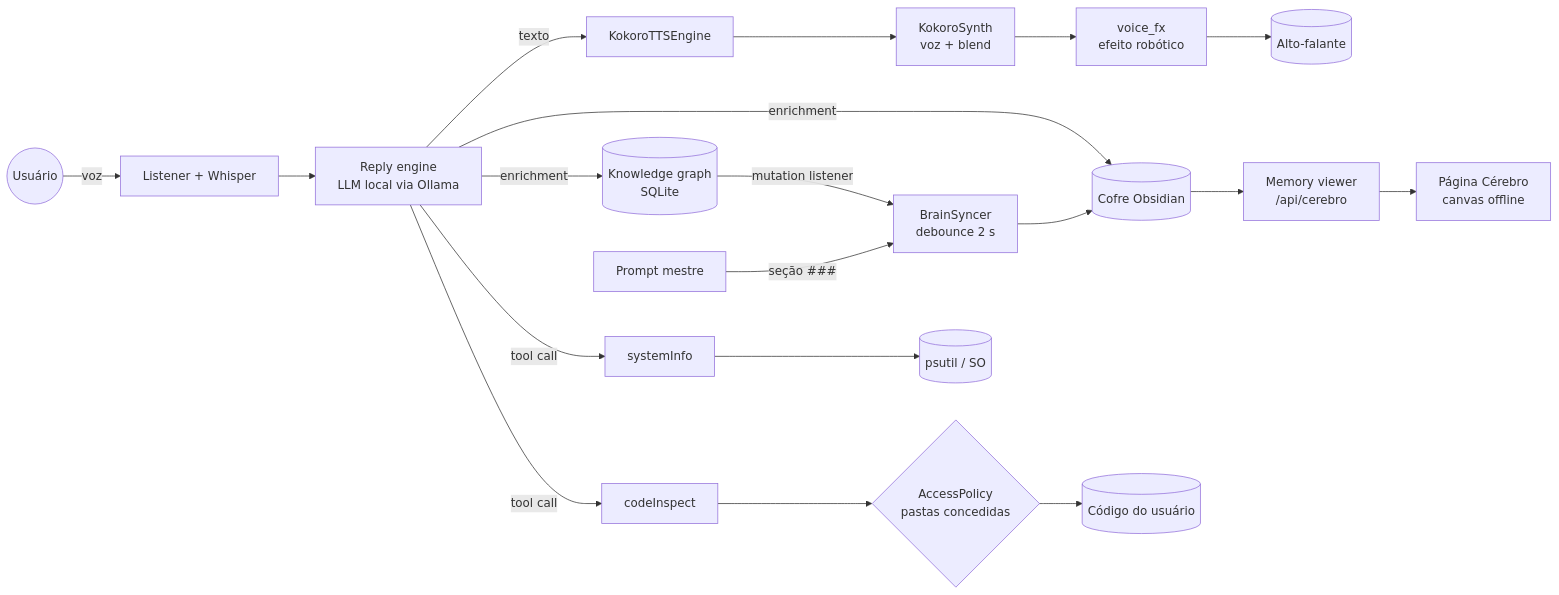
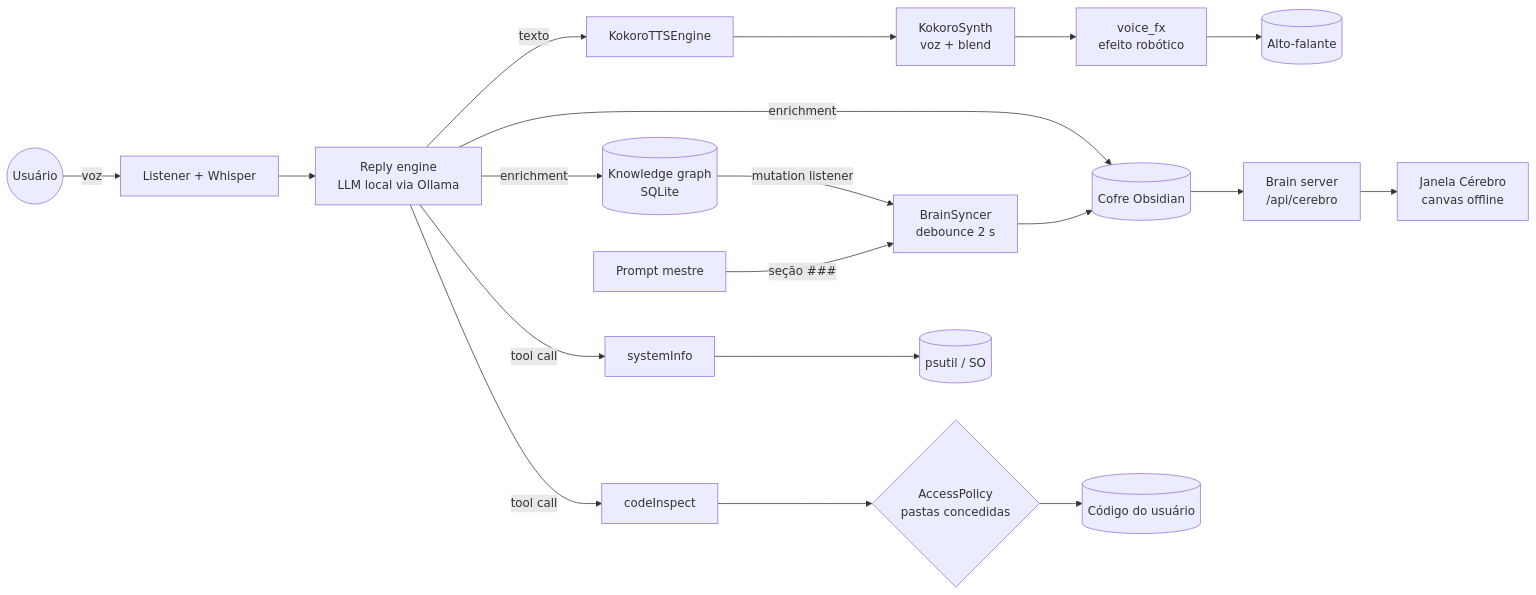
Before and after one commit to NateSando/JARVIS: the first of 4 diagrams in docs/ARCHITECTURE_CHANGES.md, drawn with Mermaid. The commit also changed other lines of this file and 32 other files, not shown here.

````diff
--- a/docs/ARCHITECTURE_CHANGES.md
+++ b/docs/ARCHITECTURE_CHANGES.md
@@ -17,20 +17,20 @@
 ```mermaid
 flowchart LR
     U((Usuário)) -- voz --> L[Listener + Whisper]
     L --> R[Reply engine<br/>LLM local via Ollama]
     R -- texto --> K[KokoroTTSEngine]
     K --> S[KokoroSynth<br/>voz + blend] --> FX[voice_fx<br/>efeito robótico] --> AUD[(Alto-falante)]
 
     R -- enrichment --> G[(Knowledge graph<br/>SQLite)]
     R -- enrichment --> V[(Cofre Obsidian)]
     G -- mutation listener --> BS[BrainSyncer<br/>debounce 2 s] --> V
     P[Prompt mestre] -- seção ###--> BS
 
     R -- tool call --> CI[codeInspect]
     R -- tool call --> SI[systemInfo]
     CI --> POL{AccessPolicy<br/>pastas concedidas}
     POL --> CODE[(Código do usuário)]
     SI --> OS[(psutil / SO)]
 
-    V --> MV[Memory viewer<br/>/api/cerebro] --> UI[Página Cérebro<br/>canvas offline]
+    V --> MV[Brain server<br/>/api/cerebro] --> UI[Janela Cérebro<br/>canvas offline]
 ```
````
